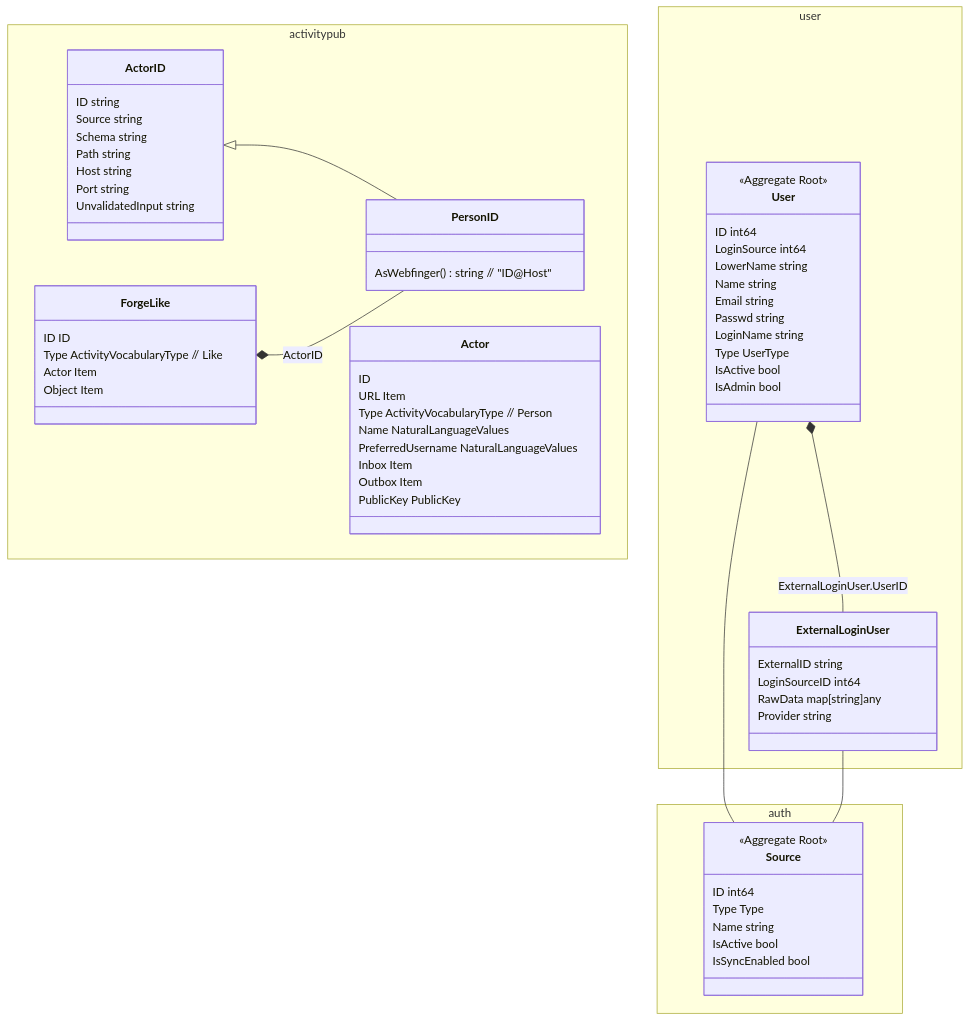
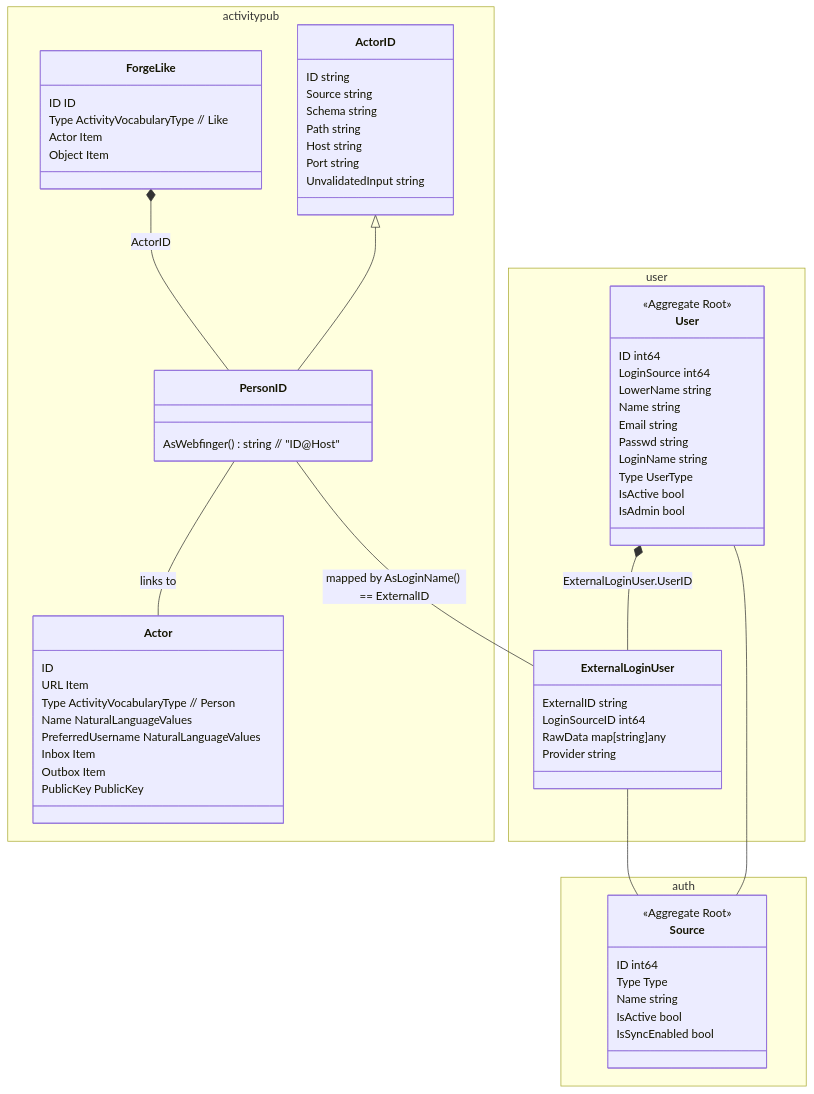
One commit to yonasBSD/forgejo changed the second of 4 diagrams in docs/unsure-where-to-put/adr-map-federated-person.md. Above: the diagram before and after it, drawn with Mermaid. The commit also changed other lines of this file, not shown here.

````diff
--- a/docs/unsure-where-to-put/adr-map-federated-person.md
+++ b/docs/unsure-where-to-put/adr-map-federated-person.md
@@ -117,74 +125,76 @@
 ```mermaid
 classDiagram
   namespace activitypub {
     class ForgeLike {
       ID ID
       Type ActivityVocabularyType // Like
       Actor Item
       Object Item
     }
     class Actor {
       ID
       URL Item
       Type ActivityVocabularyType // Person
       Name NaturalLanguageValues
       PreferredUsername NaturalLanguageValues
       Inbox Item
       Outbox Item
       PublicKey PublicKey
     }
     class ActorID {
       ID               string
       Source           string
       Schema           string
       Path             string
       Host             string
       Port             string
       UnvalidatedInput string
     }
     class PersonID {
       AsWebfinger() string // "ID@Host"
     }
   }
 
   ActorID <|-- PersonID
   ForgeLike *-- PersonID: ActorID
+  PersonID -- Actor: links to
 
   namespace user {
     class User {
       <<Aggregate Root>>
       ID        int64
       LoginSource int64
       LowerName string
       Name      string
       Email     string
       Passwd    string
       LoginName   string
       Type        UserType
       IsActive bool
       IsAdmin bool
     }
 
     class ExternalLoginUser {
       ExternalID        string
       LoginSourceID     int64
       RawData           map[string]any
       Provider          string        
     }
   }
 
   namespace auth {
     class Source {
       <<Aggregate Root>>
       ID            int64
       Type          Type
       Name          string  
       IsActive      bool           
       IsSyncEnabled bool  
     }
   }
 
   User *-- ExternalLoginUser: ExternalLoginUser.UserID
   User -- Source
-  ExternalLoginUser -- Source  
+  ExternalLoginUser -- Source
+  PersonID -- ExternalLoginUser: mapped by AsLoginName() == ExternalID
 ```
````
